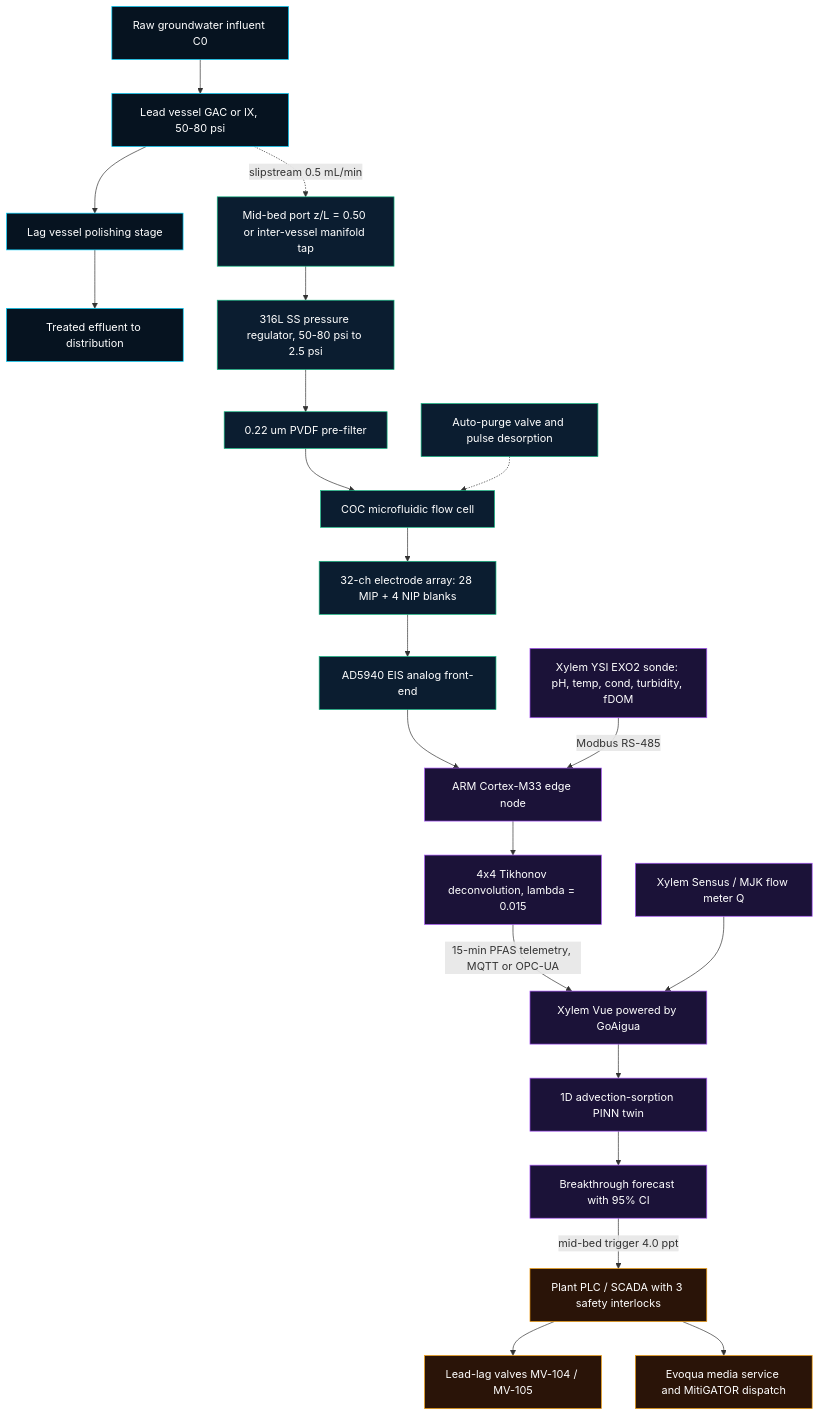
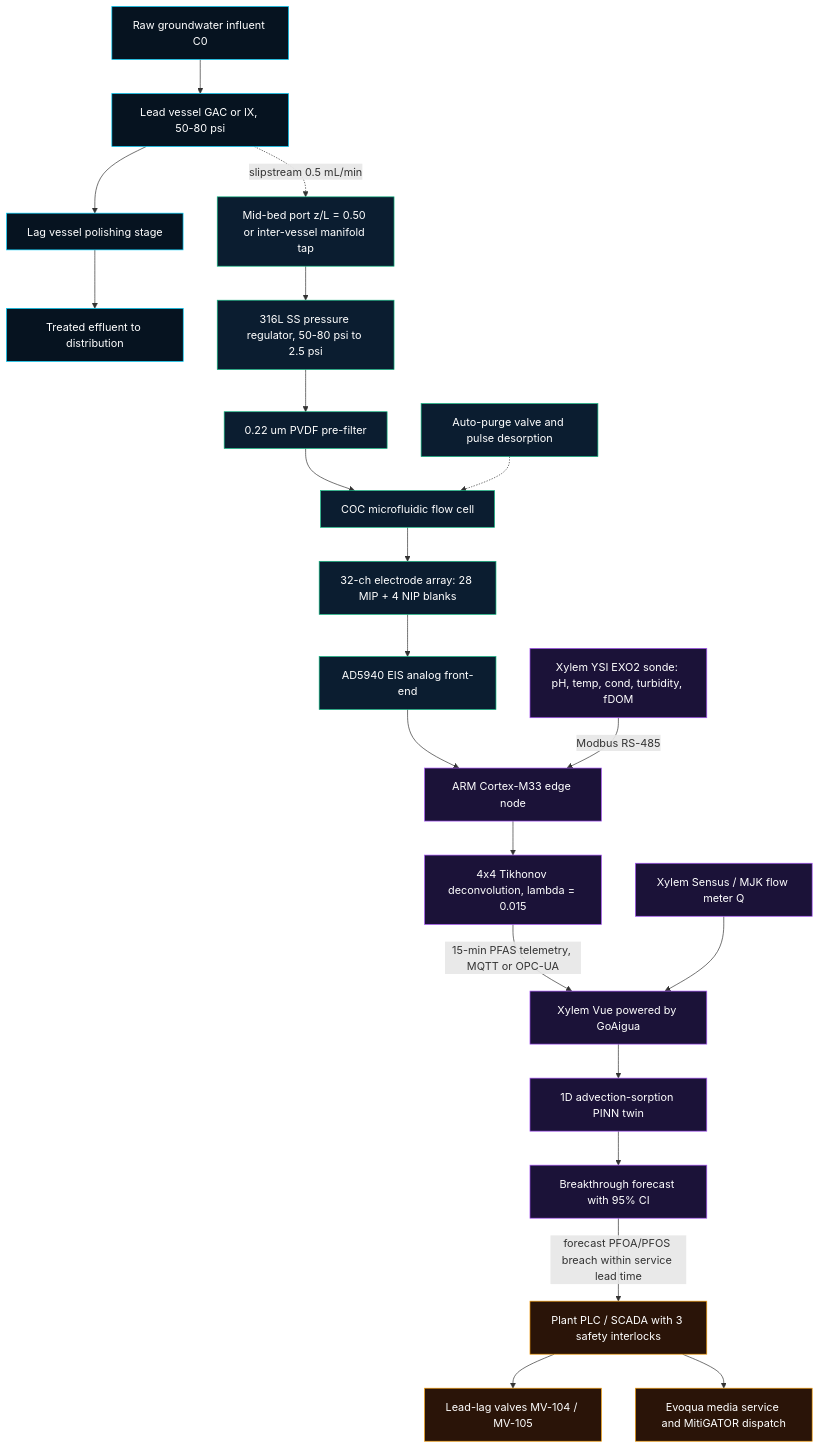
The first of 2 diagrams in README.md (YSerhatTemel/pfas-sentinel), drawn with Mermaid before and after one commit. The commit also changed other lines of this file and 6 other files, not shown here.

First line of the commit message:
fix: gate lead-lag actuation on PFOA/PFOS forecast; add ecosystem, market & sensitivity docs

````diff
--- a/README.md
+++ b/README.md
@@ -60,37 +86,37 @@
 ```mermaid
 flowchart TD
     A["Raw groundwater influent C0"] --> B["Lead vessel GAC or IX, 50-80 psi"]
     B --> C["Lag vessel polishing stage"]
     C --> D["Treated effluent to distribution"]
 
     B -.->|slipstream 0.5 mL/min| E["Mid-bed port z/L = 0.50 or inter-vessel manifold tap"]
     E --> F["316L SS pressure regulator, 50-80 psi to 2.5 psi"]
     F --> G["0.22 um PVDF pre-filter"]
 
     G --> H["COC microfluidic flow cell"]
     H --> I["32-ch electrode array: 28 MIP + 4 NIP blanks"]
     I --> J["AD5940 EIS analog front-end"]
     K["Auto-purge valve and pulse desorption"] -.-> H
 
     J --> L["ARM Cortex-M33 edge node"]
     M["Xylem YSI EXO2 sonde: pH, temp, cond, turbidity, fDOM"] -->|Modbus RS-485| L
     L --> N["4x4 Tikhonov deconvolution, lambda = 0.015"]
 
     N -->|15-min PFAS telemetry, MQTT or OPC-UA| O["Xylem Vue powered by GoAigua"]
     P["Xylem Sensus / MJK flow meter Q"] --> O
     O --> Q["1D advection-sorption PINN twin"]
     Q --> R["Breakthrough forecast with 95% CI"]
 
-    R -->|mid-bed trigger 4.0 ppt| S["Plant PLC / SCADA with 3 safety interlocks"]
+    R -->|forecast PFOA/PFOS breach within service lead time| S["Plant PLC / SCADA with 3 safety interlocks"]
     S --> T["Lead-lag valves MV-104 / MV-105"]
     S --> U["Evoqua media service and MitiGATOR dispatch"]
 
     classDef hydraulic fill:#061320,stroke:#00D2FF,color:#ffffff
     classDef sensor fill:#0B1D30,stroke:#10B981,color:#ffffff
     classDef cloud fill:#1B1238,stroke:#A855F7,color:#ffffff
     classDef control fill:#2A1408,stroke:#F59E0B,color:#ffffff
     class A,B,C,D hydraulic
     class E,F,G,H,I,J,K sensor
     class L,M,N,O,P,Q,R cloud
     class S,T,U control
 ```
````
